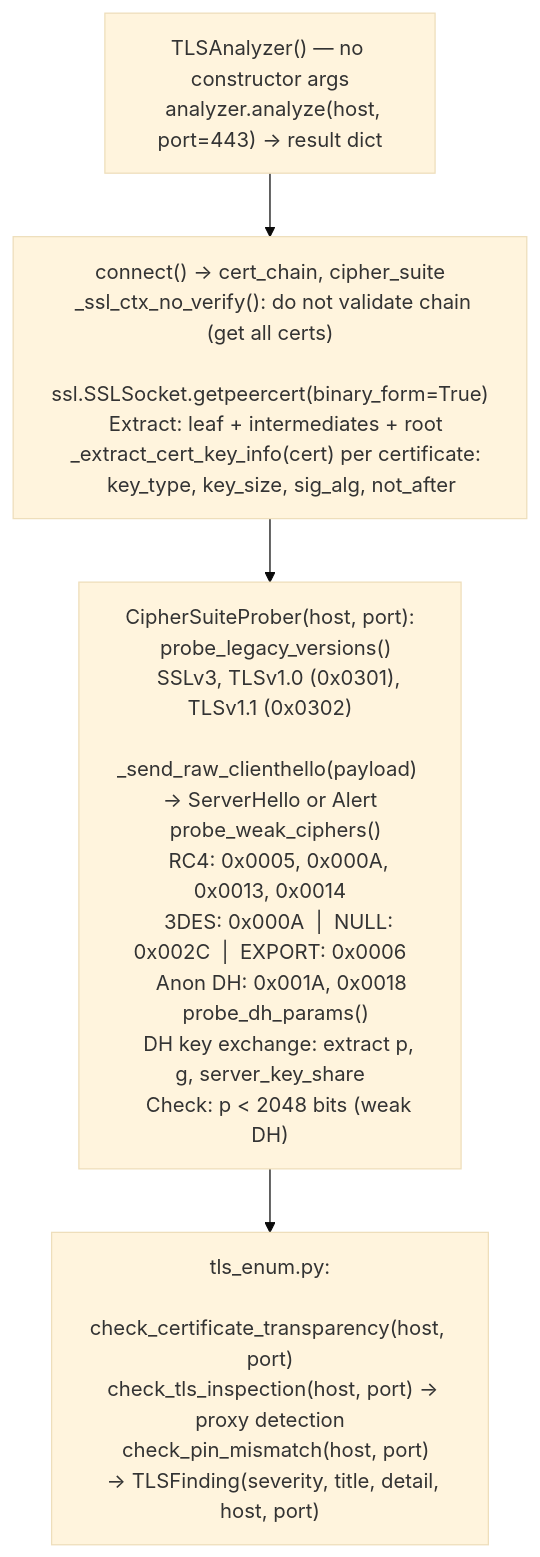
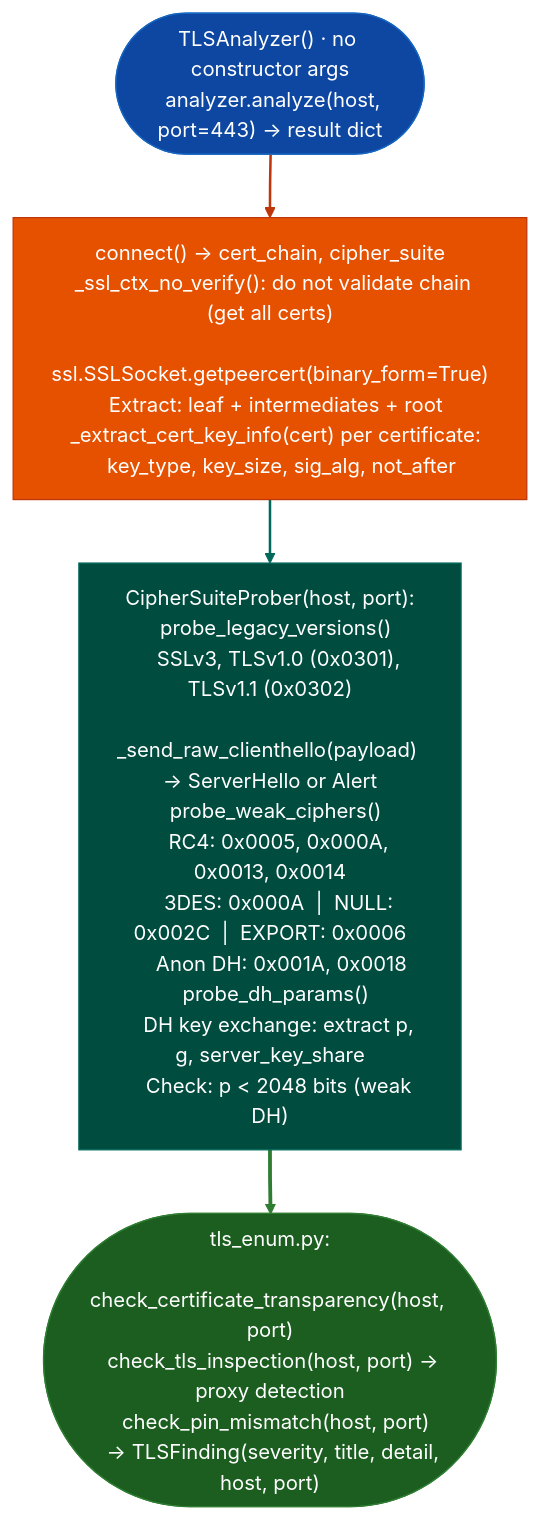
One commit to Ablation-Tool/ablation changed the diagram in docs/reference-modules/tls-certificate-and-protocol-probing.md. Above: the diagram before and after it, drawn with Mermaid (base theme). The commit also changed 320 other files, not shown here.

First line of the commit message:
docs: apply canonical Mermaid template to all 321 diagrams

````diff
--- a/docs/reference-modules/tls-certificate-and-protocol-probing.md
+++ b/docs/reference-modules/tls-certificate-and-protocol-probing.md
@@ -19,6 +19,15 @@
 ```mermaid
 flowchart TD
-    A["TLSAnalyzer() — no constructor args\n  analyzer.analyze(host, port=443) → result dict"] --> B["connect() → cert_chain, cipher_suite\n  _ssl_ctx_no_verify(): do not validate chain (get all certs)\n  ssl.SSLSocket.getpeercert(binary_form=True)\n  Extract: leaf + intermediates + root\n  _extract_cert_key_info(cert) per certificate:\n    key_type, key_size, sig_alg, not_after"]
-    B --> C["CipherSuiteProber(host, port):\n  probe_legacy_versions()\n    SSLv3, TLSv1.0 (0x0301), TLSv1.1 (0x0302)\n    _send_raw_clienthello(payload) → ServerHello or Alert\n  probe_weak_ciphers()\n    RC4: 0x0005, 0x000A, 0x0013, 0x0014\n    3DES: 0x000A  |  NULL: 0x002C  |  EXPORT: 0x0006\n    Anon DH: 0x001A, 0x0018\n  probe_dh_params()\n    DH key exchange: extract p, g, server_key_share\n    Check: p < 2048 bits (weak DH)"]
-    C --> D["tls_enum.py:\n  check_certificate_transparency(host, port)\n  check_tls_inspection(host, port) → proxy detection\n  check_pin_mismatch(host, port)\n  → TLSFinding(severity, title, detail, host, port)"]
+    A(["TLSAnalyzer() · no constructor args\n  analyzer.analyze(host, port=443) → result dict"]):::input --> B["connect() → cert_chain, cipher_suite\n  _ssl_ctx_no_verify(): do not validate chain (get all certs)\n  ssl.SSLSocket.getpeercert(binary_form=True)\n  Extract: leaf + intermediates + root\n  _extract_cert_key_info(cert) per certificate:\n    key_type, key_size, sig_alg, not_after"]:::primary
+    B:::primary --> C["CipherSuiteProber(host, port):\n  probe_legacy_versions()\n    SSLv3, TLSv1.0 (0x0301), TLSv1.1 (0x0302)\n    _send_raw_clienthello(payload) → ServerHello or Alert\n  probe_weak_ciphers()\n    RC4: 0x0005, 0x000A, 0x0013, 0x0014\n    3DES: 0x000A  |  NULL: 0x002C  |  EXPORT: 0x0006\n    Anon DH: 0x001A, 0x0018\n  probe_dh_params()\n    DH key exchange: extract p, g, server_key_share\n    Check: p < 2048 bits (weak DH)"]:::secondary
+    C:::secondary --> D(["tls_enum.py:\n  check_certificate_transparency(host, port)\n  check_tls_inspection(host, port) → proxy detection\n  check_pin_mismatch(host, port)\n  → TLSFinding(severity, title, detail, host, port)"]):::output
+    classDef input     fill:#0d47a1,stroke:#1565c0,color:#fff
+    classDef primary   fill:#e65100,stroke:#bf360c,color:#fff
+    classDef secondary fill:#004d40,stroke:#00695c,color:#fff
+    classDef tertiary  fill:#4a148c,stroke:#6a1b9a,color:#fff
+    classDef neutral   fill:#37474f,stroke:#546e7a,color:#fff
+    classDef output    fill:#1b5e20,stroke:#2e7d32,color:#fff
+    linkStyle 0 stroke:#bf360c,stroke-width:2px
+    linkStyle 1 stroke:#00695c,stroke-width:2px
+    linkStyle 2 stroke:#2e7d32,stroke-width:3px
 ```
````
